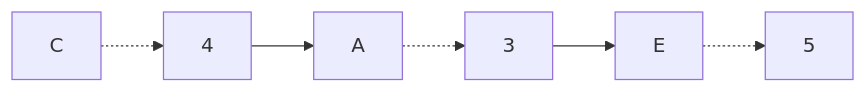
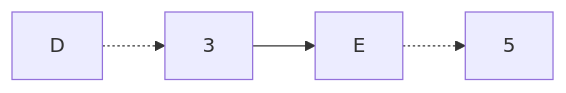
The sixth of 14 diagrams in task-8/Milty-task-8.md (hse-algo-24-crow/manual-tasks-crow), drawn with Mermaid before and after one commit. The commit also changed other lines of this file, not shown here.

````diff
--- a/task-8/Milty-task-8.md
+++ b/task-8/Milty-task-8.md
@@ -197,4 +210,4 @@
 ```mermaid
 graph LR
-    C  -.-> 4 --> A -.-> 3 --> E -.-> 5
+    D  -.-> 3 --> E -.-> 5
 ```
````
